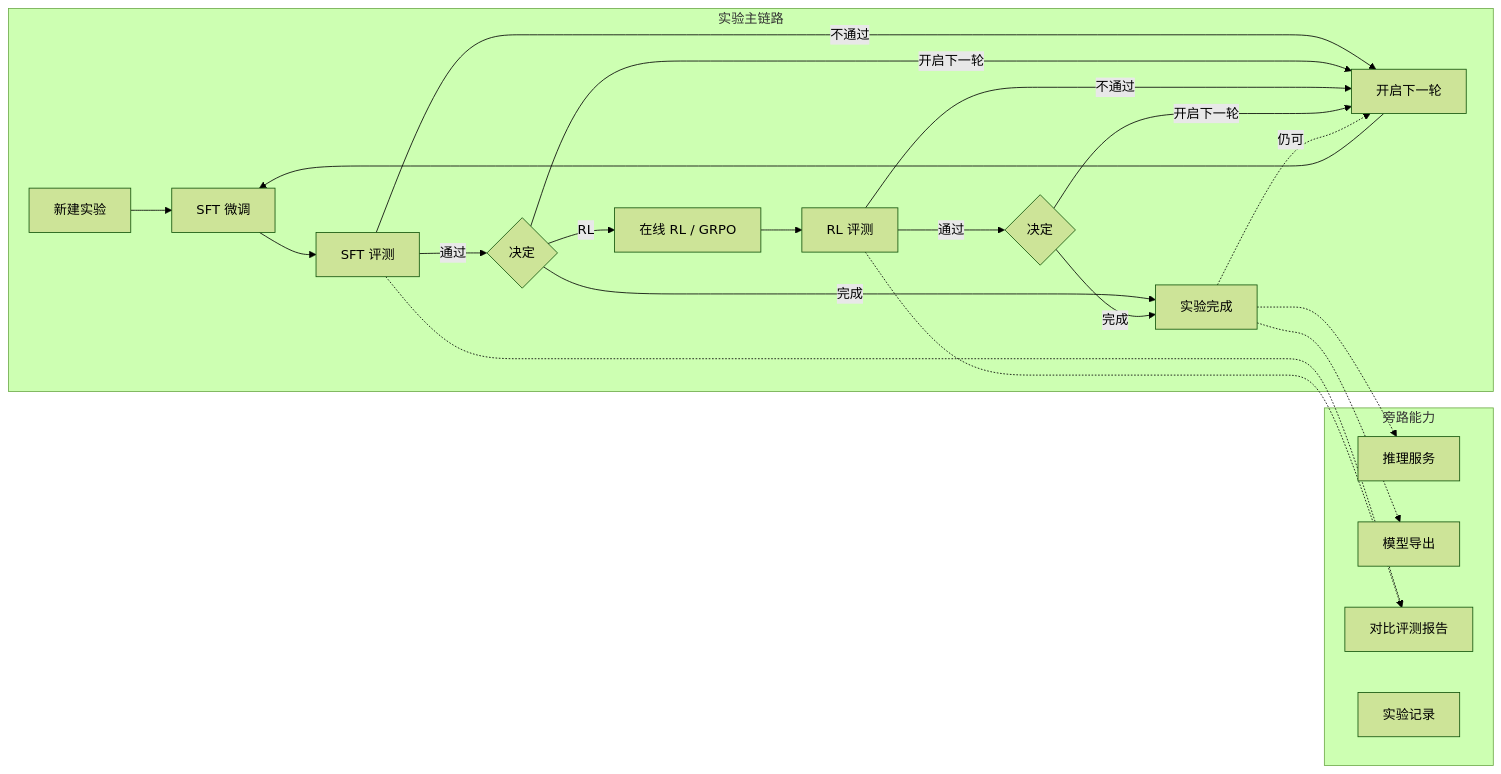
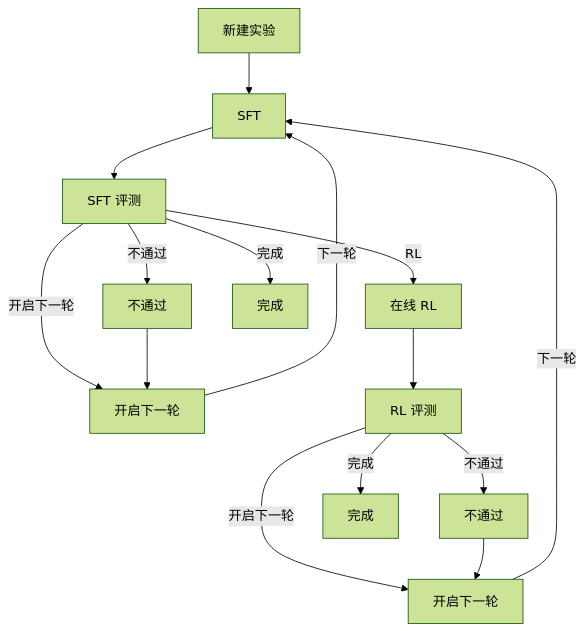
The first of 2 diagrams in docs/rsi/2026-10-23-user-guide.md (achievec/ms-swift), drawn with Mermaid (forest theme) before and after one commit. The commit also changed other lines of this file and 6 other files, not shown here.

Commit message:
完善用户手册主链路图示，并取消数据集上传体积上限。

````diff
--- a/docs/rsi/2026-10-23-user-guide.md
+++ b/docs/rsi/2026-10-23-user-guide.md
@@ -11,29 +11,17 @@
 ```mermaid
-flowchart LR
-  subgraph 实验主链路
-    A[新建实验] --> B[SFT 微调]
-    B --> C[SFT 评测]
-    C -->|通过| D{决定}
-    C -->|不通过| E[开启下一轮]
-    D -->|RL| F[在线 RL / GRPO]
-    D -->|开启下一轮| E
-    D -->|完成| G[实验完成]
-    F --> H[RL 评测]
-    H -->|通过| I{决定}
-    H -->|不通过| E
-    I -->|开启下一轮| E
-    I -->|完成| G
-    E --> B
-    G -.->|仍可| E
-  end
-  subgraph 旁路能力
-    J[推理服务]
-    K[模型导出]
-    L[对比评测报告]
-    M[实验记录]
-  end
-  C -.-> L
-  H -.-> L
-  G -.-> J
-  G -.-> K
+flowchart TD
+  new[新建实验] --> sft[SFT]
+  sft --> se[SFT 评测]
+  se -->|不通过| miss[不通过]
+  se -->|RL| rl[在线 RL]
+  se -->|完成| done[完成]
+  se -->|开启下一轮| nxt[开启下一轮]
+  miss --> nxt
+  rl --> re[RL 评测]
+  re -->|不通过| rmiss[不通过]
+  re -->|完成| rdone[完成]
+  re -->|开启下一轮| rnxt[开启下一轮]
+  rmiss --> rnxt
+  nxt -->|下一轮| sft
+  rnxt -->|下一轮| sft
 ```
````
